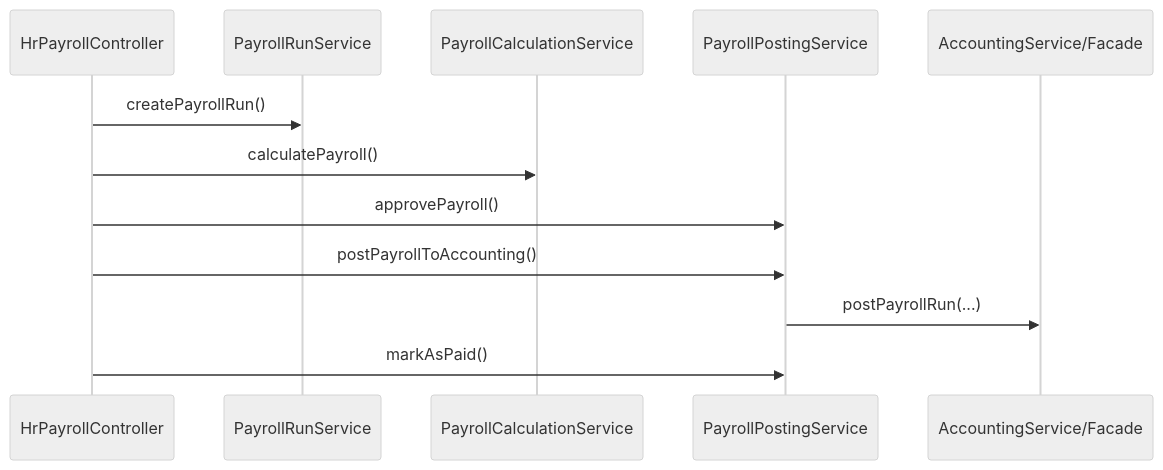
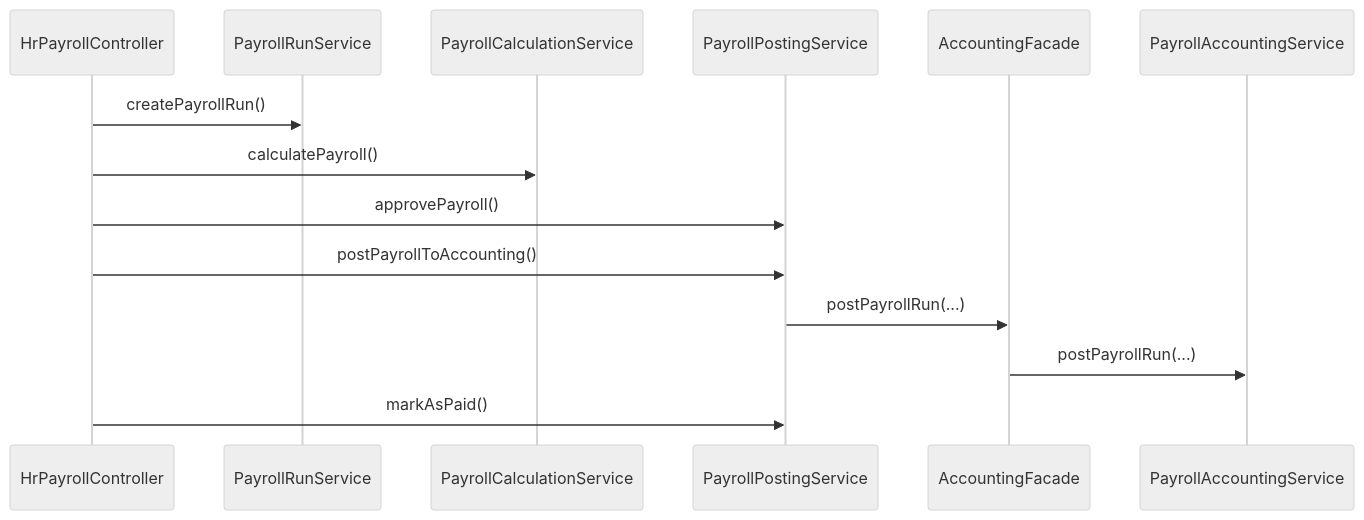
The fifth of 8 diagrams in docs/ARCHITECTURE.md (evilfps/bigbrightpaints-erp), drawn with Mermaid (neutral theme) before and after one commit. The commit also changed other lines of this file and 13 other files, not shown here.

Commit message:
fix(accounting): hard-cut payroll posting ownership to focused service

````diff
--- a/docs/ARCHITECTURE.md
+++ b/docs/ARCHITECTURE.md
@@ -158,15 +158,17 @@
 ```mermaid
 sequenceDiagram
     participant HC as HrPayrollController
     participant PR as PayrollRunService
     participant PC as PayrollCalculationService
     participant PP as PayrollPostingService
-    participant AC as AccountingService/Facade
+    participant AF as AccountingFacade
+    participant PAS as PayrollAccountingService
 
     HC->>PR: createPayrollRun()
     HC->>PC: calculatePayroll()
     HC->>PP: approvePayroll()
     HC->>PP: postPayrollToAccounting()
-    PP->>AC: postPayrollRun(...)
+    PP->>AF: postPayrollRun(...)
+    AF->>PAS: postPayrollRun(...)
     HC->>PP: markAsPaid()
 ```
````
